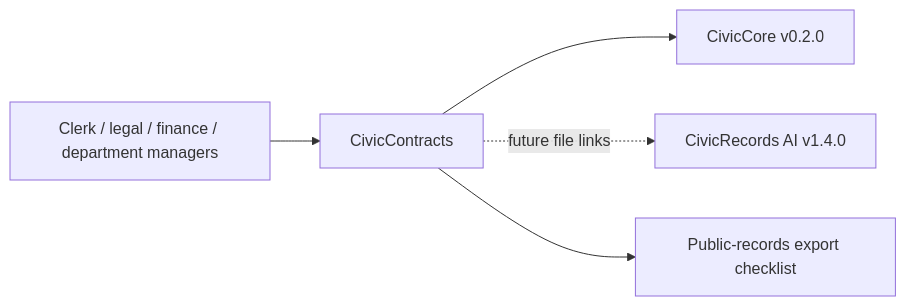
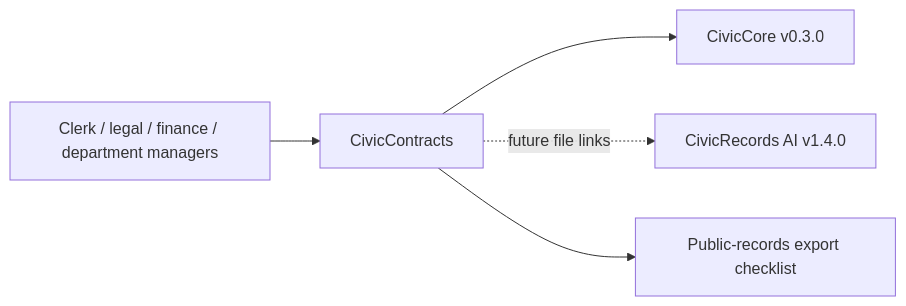
One commit to CivicSuite/civiccontracts changed the diagram in USER-MANUAL.md. Above: the diagram before and after it, drawn with Mermaid. The commit also changed other lines of this file and 31 other files, not shown here.

Commit message:
chore: align CivicContracts with civiccore v0.3.0 (#2)

````diff
--- a/USER-MANUAL.md
+++ b/USER-MANUAL.md
@@ -32,7 +32,7 @@
 ```mermaid
 flowchart LR
   Staff["Clerk / legal / finance / department managers"] --> CivicContracts["CivicContracts"]
-  CivicContracts --> CivicCore["CivicCore v0.2.0"]
+  CivicContracts --> CivicCore["CivicCore v0.3.0"]
   CivicContracts -. future file links .-> CivicRecords["CivicRecords AI v1.4.0"]
   CivicContracts --> Export["Public-records export checklist"]
 ```
````
